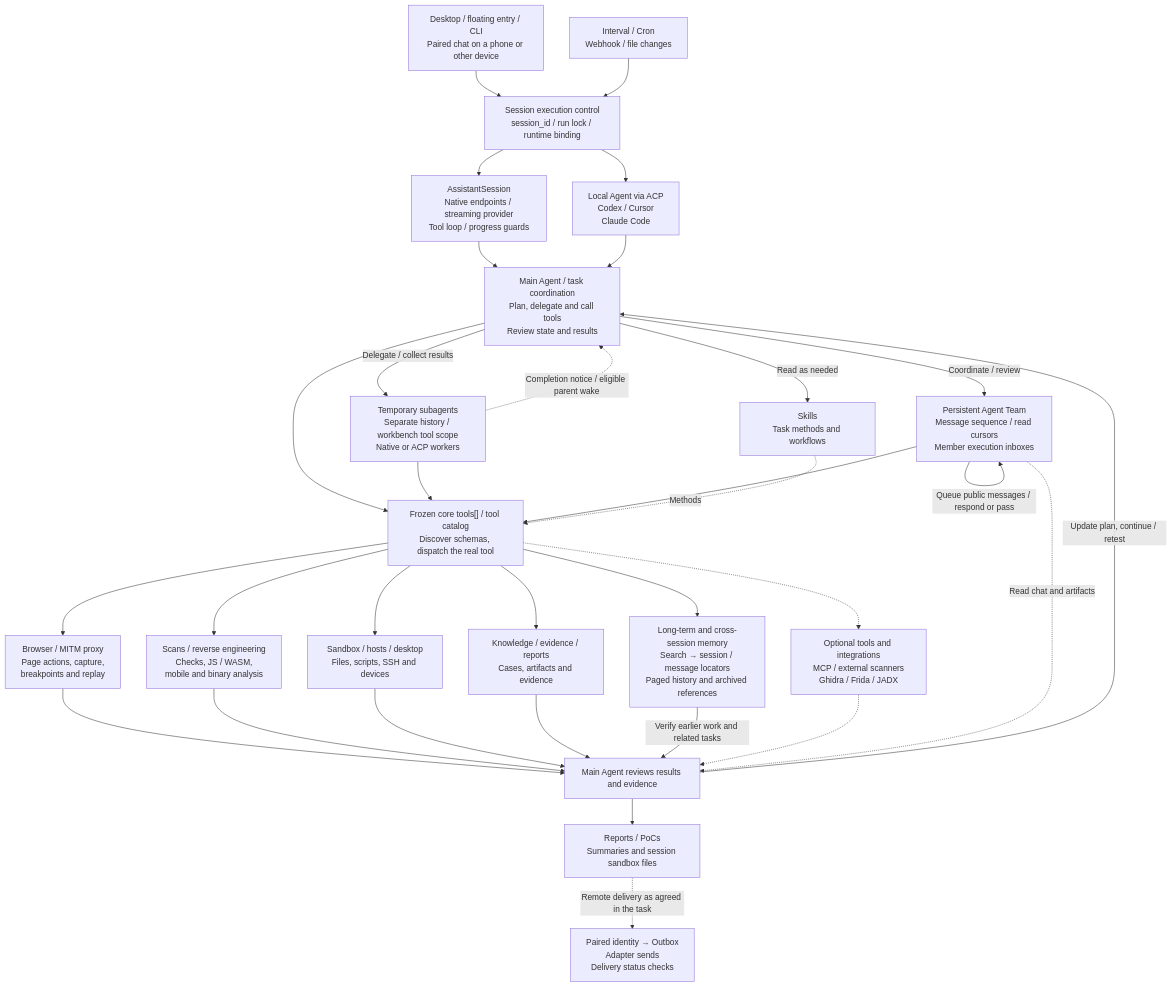
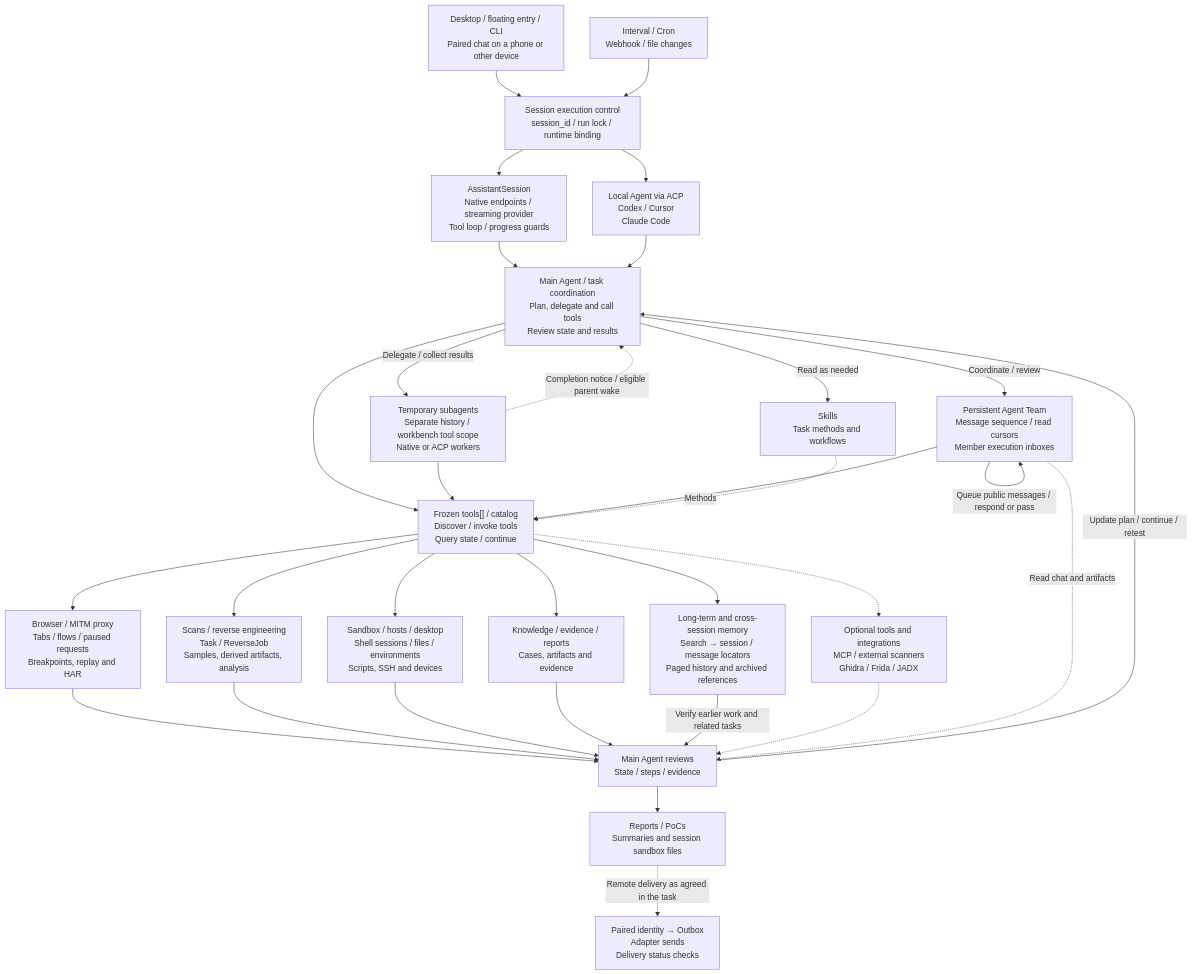
Before and after one commit to HG-ha/Argusai: the first of 3 diagrams in README.en.md, drawn with Mermaid. The commit also changed other lines of this file and 6 other files, not shown here.

````diff
--- a/README.en.md
+++ b/README.en.md
@@ -44,36 +44,36 @@
 ```mermaid
 flowchart TB
     Input["Desktop / floating entry / CLI<br/>Paired chat on a phone or other device"] --> Session["Session execution control<br/>session_id / run lock / runtime binding"]
     Events["Interval / Cron<br/>Webhook / file changes"] --> Session
     Session --> Native["AssistantSession<br/>Native endpoints / streaming provider<br/>Tool loop / progress guards"]
     Session --> ACP["Local Agent via ACP<br/>Codex / Cursor<br/>Claude Code"]
     Native --> Main["Main Agent / task coordination<br/>Plan, delegate and call tools<br/>Review state and results"]
     ACP --> Main
 
     Main -->|Delegate / collect results| Sub["Temporary subagents<br/>Separate history / workbench tool scope<br/>Native or ACP workers"]
     Main -->|Coordinate / review| Team["Persistent Agent Team<br/>Message sequence / read cursors<br/>Member execution inboxes"]
     Main -->|Read as needed| Skills["Skills<br/>Task methods and workflows"]
-    Main --> Tools["Frozen core tools[] / tool catalog<br/>Discover schemas, dispatch the real tool"]
+    Main --> Tools["Frozen tools[] / catalog<br/>Discover / invoke tools<br/>Query state / continue"]
     Sub --> Tools
     Team --> Tools
     Skills -.->|Methods| Tools
 
-    Tools --> Web["Browser / MITM proxy<br/>Page actions, capture,<br/>breakpoints and replay"]
-    Tools --> Analysis["Scans / reverse engineering<br/>Checks, JS / WASM,<br/>mobile and binary analysis"]
-    Tools --> Execution["Sandbox / hosts / desktop<br/>Files, scripts, SSH and devices"]
+    Tools --> Web["Browser / MITM proxy<br/>Tabs / flows / paused requests<br/>Breakpoints, replay and HAR"]
+    Tools --> Analysis["Scans / reverse engineering<br/>Task / ReverseJob<br/>Samples, derived artifacts, analysis"]
+    Tools --> Execution["Sandbox / hosts / desktop<br/>Shell sessions / files / environments<br/>Scripts, SSH and devices"]
     Tools --> Knowledge["Knowledge / evidence / reports<br/>Cases, artifacts and evidence"]
     Tools --> Recall["Long-term and cross-session memory<br/>Search → session / message locators<br/>Paged history and archived references"]
     Tools -.-> Extensions["Optional tools and integrations<br/>MCP / external scanners<br/>Ghidra / Frida / JADX"]
-    Web --> Review["Main Agent reviews results and evidence"]
+    Web --> Review["Main Agent reviews<br/>State / steps / evidence"]
     Analysis --> Review
     Execution --> Review
     Knowledge --> Review
     Recall -->|Verify earlier work and related tasks| Review
     Extensions -.-> Review
     Review --> Delivery["Reports / PoCs<br/>Summaries and session sandbox files"]
     Delivery -.->|Remote delivery as agreed in the task| Outbox["Paired identity → Outbox<br/>Adapter sends<br/>Delivery status checks"]
-    Review -->|Update plan, continue / retest| Main
+    Review -->|Update plan / continue / retest| Main
     Sub -.->|Completion notice / eligible parent wake| Main
     Team -->|Queue public messages / respond or pass| Team
     Team -.->|Read chat and artifacts| Review
 ```
````
